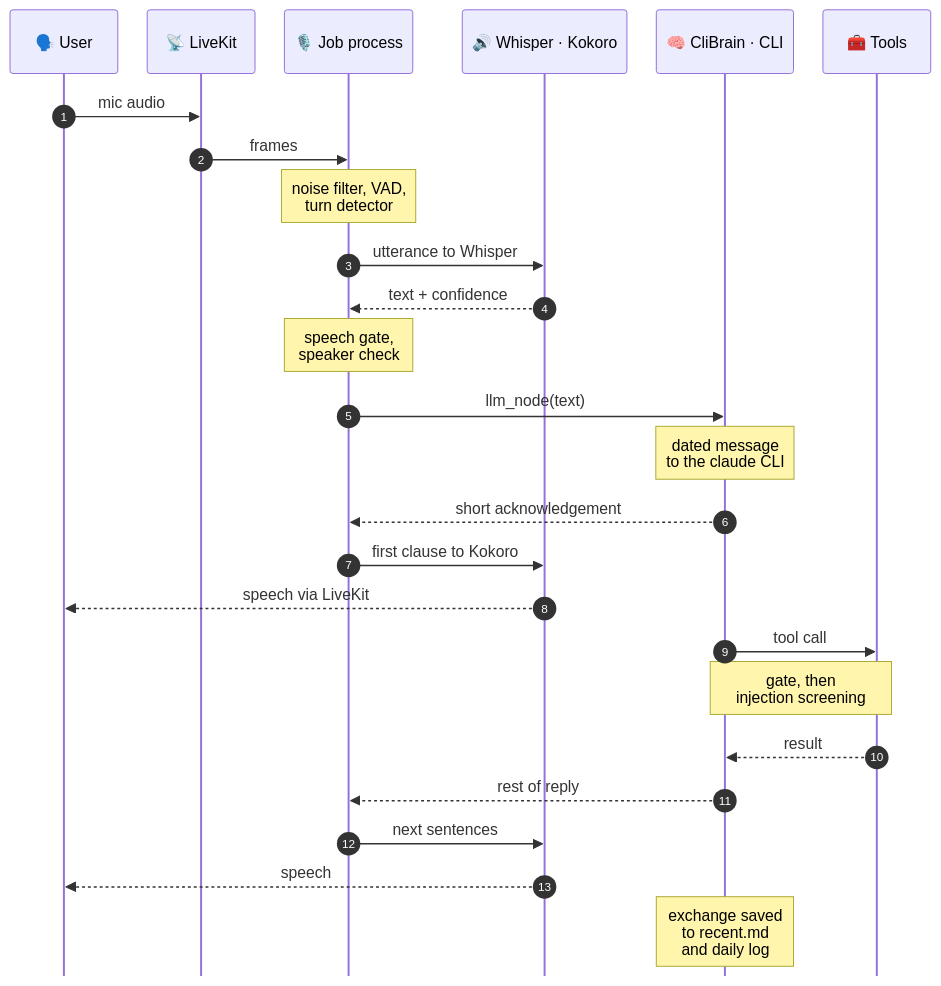
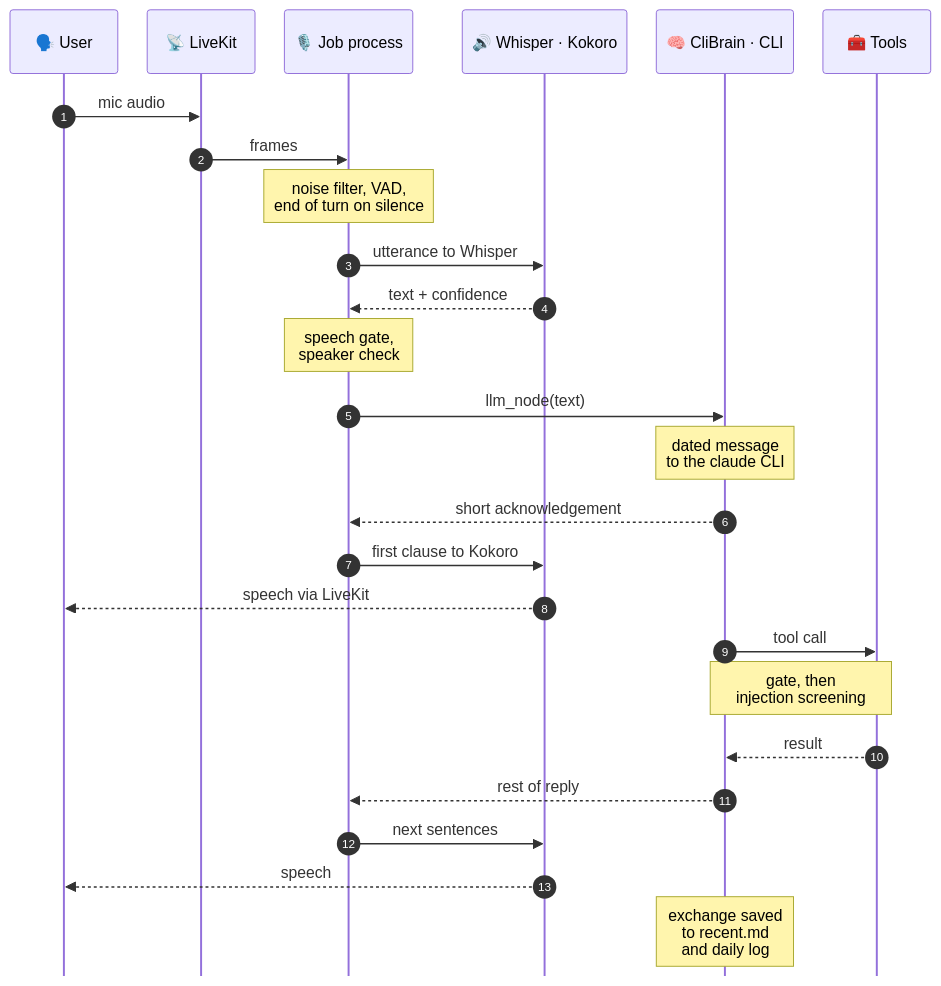
Before and after one commit to anilkumarmeena/alfred: the second of 5 diagrams in docs/architecture.md, drawn with Mermaid. The commit also changed other lines of this file and 20 other files, not shown here.

````diff
--- a/docs/architecture.md
+++ b/docs/architecture.md
@@ -194,30 +194,30 @@
 ```mermaid
 %%{init: {"sequence": {"mirrorActors": false, "width": 110, "actorMargin": 30}}}%%
 sequenceDiagram
     autonumber
     participant U as 🗣️ User
     participant LK as 📡 LiveKit
     participant J as 🎙️ Job process
     participant S as 🔊 Whisper · Kokoro
     participant B as 🧠 CliBrain · CLI
     participant T as 🧰 Tools
 
     U->>LK: mic audio
     LK->>J: frames
-    Note over J: noise filter, VAD,<br/>turn detector
+    Note over J: noise filter, VAD,<br/>end of turn on silence
     J->>S: utterance to Whisper
     S-->>J: text + confidence
     Note over J: speech gate,<br/>speaker check
     J->>B: llm_node(text)
     Note over B: dated message<br/>to the claude CLI
     B-->>J: short acknowledgement
     J->>S: first clause to Kokoro
     S-->>U: speech via LiveKit
     B->>T: tool call
     Note over B,T: gate, then<br/>injection screening
     T-->>B: result
     B-->>J: rest of reply
     J->>S: next sentences
     S-->>U: speech
     Note over B: exchange saved<br/>to recent.md<br/>and daily log
 ```
````
